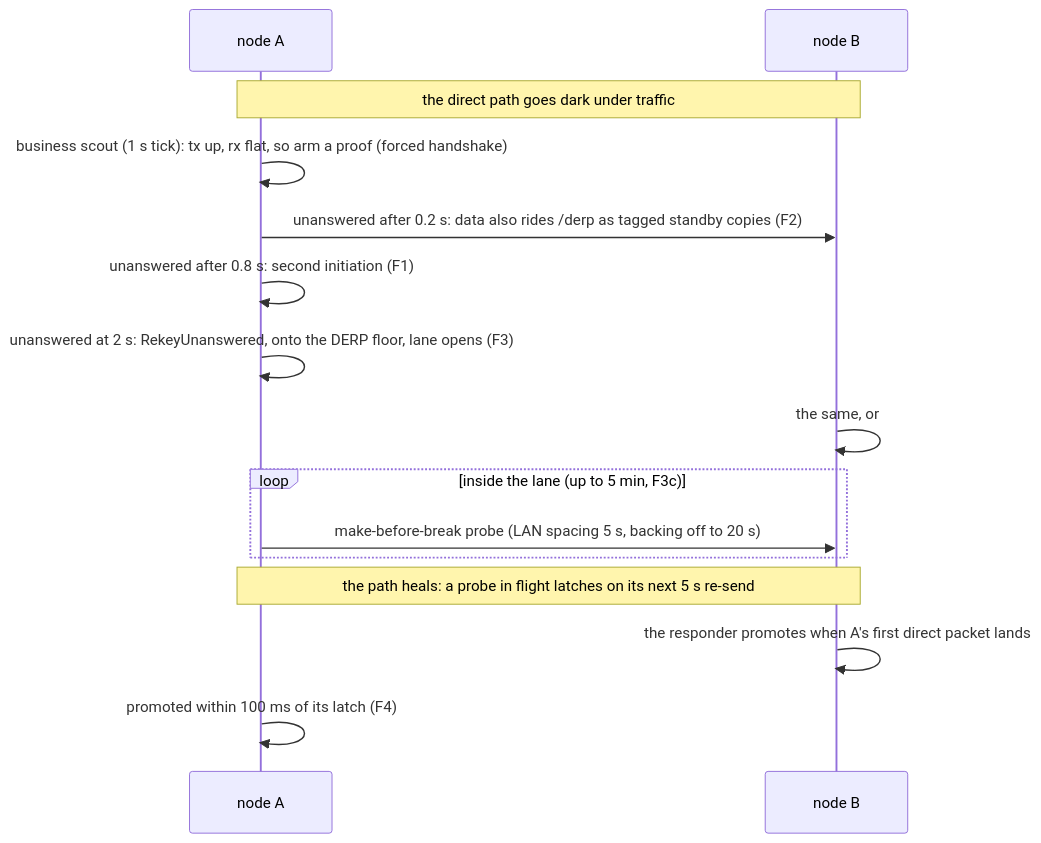
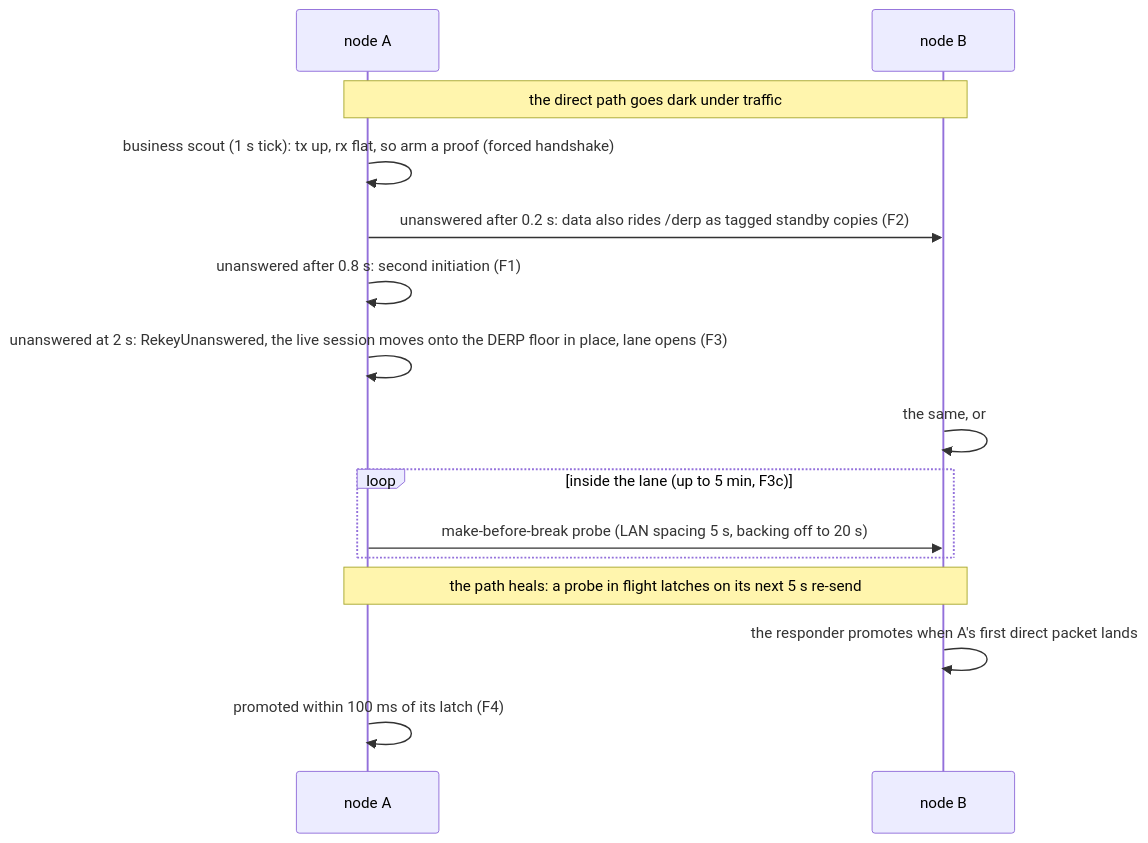
Before and after one commit to jk-zhang-meta/MeshHarbor: the fifth of 5 diagrams in docs/overlay-nat-traversal.md, drawn with Mermaid. The commit also changed other lines of this file and 5 other files, not shown here.

First line of the commit message:
fix(overlay): swap WG carrier to warm DERP relay in place on direct stall

````diff
--- a/docs/overlay-nat-traversal.md
+++ b/docs/overlay-nat-traversal.md
@@ -738,17 +745,17 @@
 ```mermaid
 sequenceDiagram
   participant A as node A
   participant B as node B
   Note over A,B: the direct path goes dark under traffic
   A->>A: business scout (1 s tick): tx up, rx flat, so arm a proof (forced handshake)
   A->>B: unanswered after 0.2 s: data also rides /derp as tagged standby copies (F2)
   A->>A: unanswered after 0.8 s: second initiation (F1)
-  A->>A: unanswered at 2 s: RekeyUnanswered, onto the DERP floor, lane opens (F3)
-  B->>B: the same, or #27 demote-follow on A's /derp frames
+  A->>A: unanswered at 2 s: RekeyUnanswered, the live session moves onto the DERP floor in place, lane opens (F3)
+  B->>B: the same, or #27 demote-follow on A's /derp frames (also in place)
   loop inside the lane (up to 5 min, F3c)
     A->>B: make-before-break probe (LAN spacing 5 s, backing off to 20 s)
   end
   Note over A,B: the path heals: a probe in flight latches on its next 5 s re-send
   B->>B: the responder promotes when A's first direct packet lands
   A->>A: promoted within 100 ms of its latch (F4)
 ```
````
